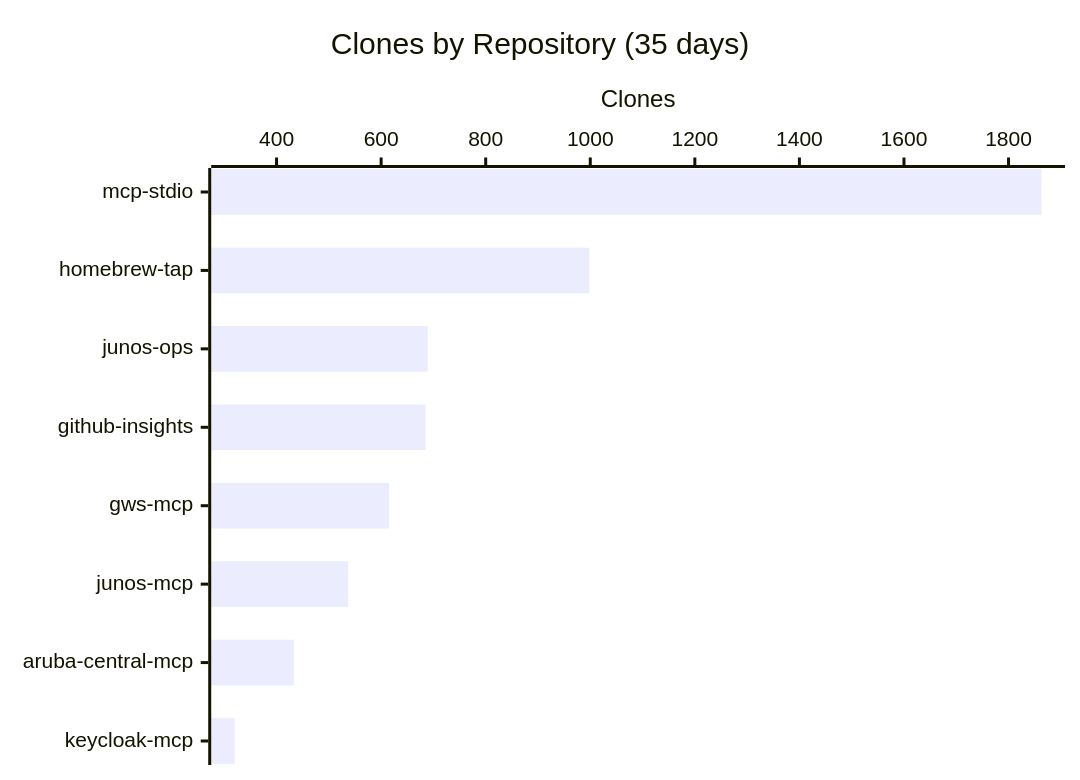
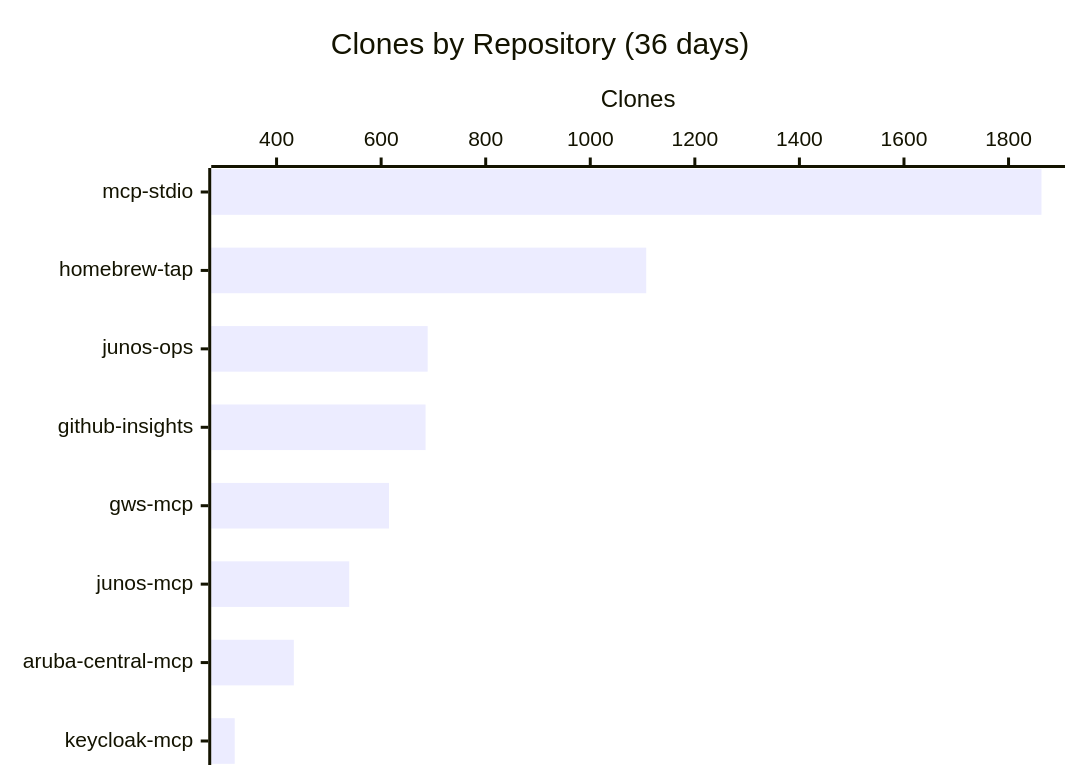
Before and after one commit to shigechika/github-insights: the third of 3 diagrams in README.md, drawn with Mermaid. The commit also changed other lines of this file and 1 other file, not shown here.

````diff
--- a/README.md
+++ b/README.md
@@ -34,7 +34,7 @@
 ```mermaid
 xychart-beta horizontal
-    title "Clones by Repository (35 days)"
+    title "Clones by Repository (36 days)"
     x-axis ["mcp-stdio", "homebrew-tap", "junos-ops", "github-insights", "gws-mcp", "junos-mcp", "aruba-central-mcp", "keycloak-mcp"]
     y-axis "Clones"
-    bar [1863, 998, 689, 685, 615, 537, 433, 320]
+    bar [1863, 1107, 689, 685, 615, 539, 433, 320]
 ```
````
